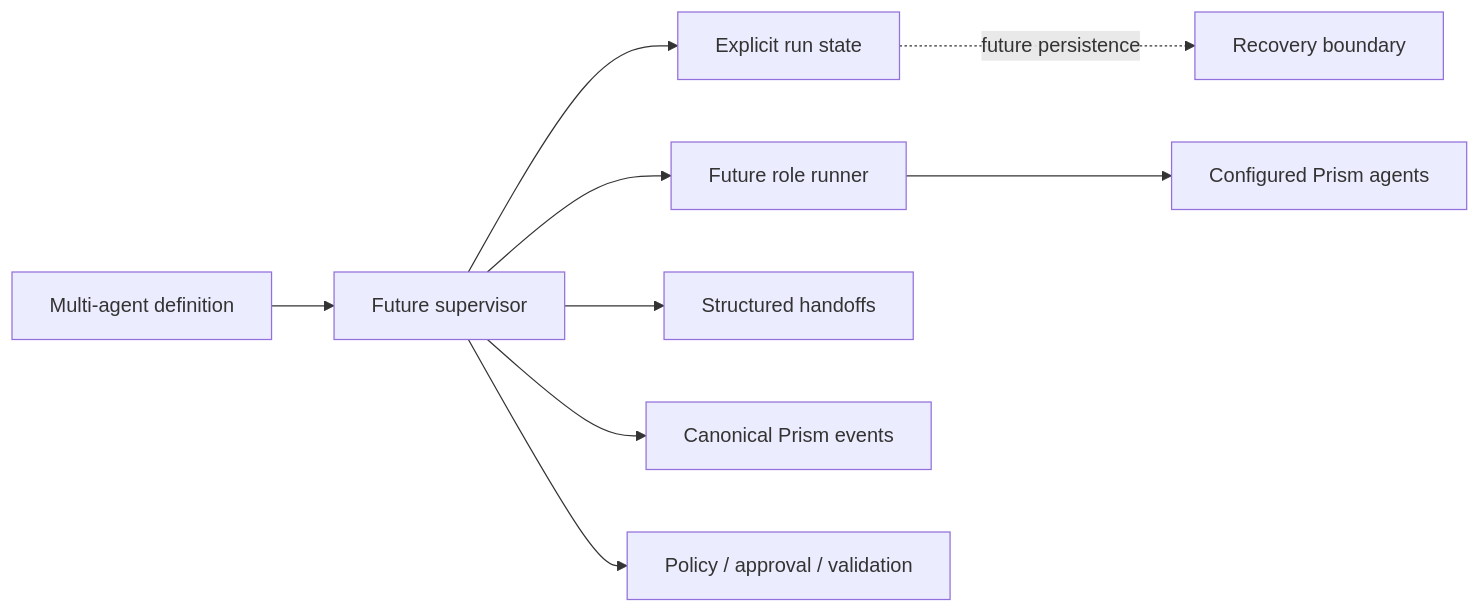
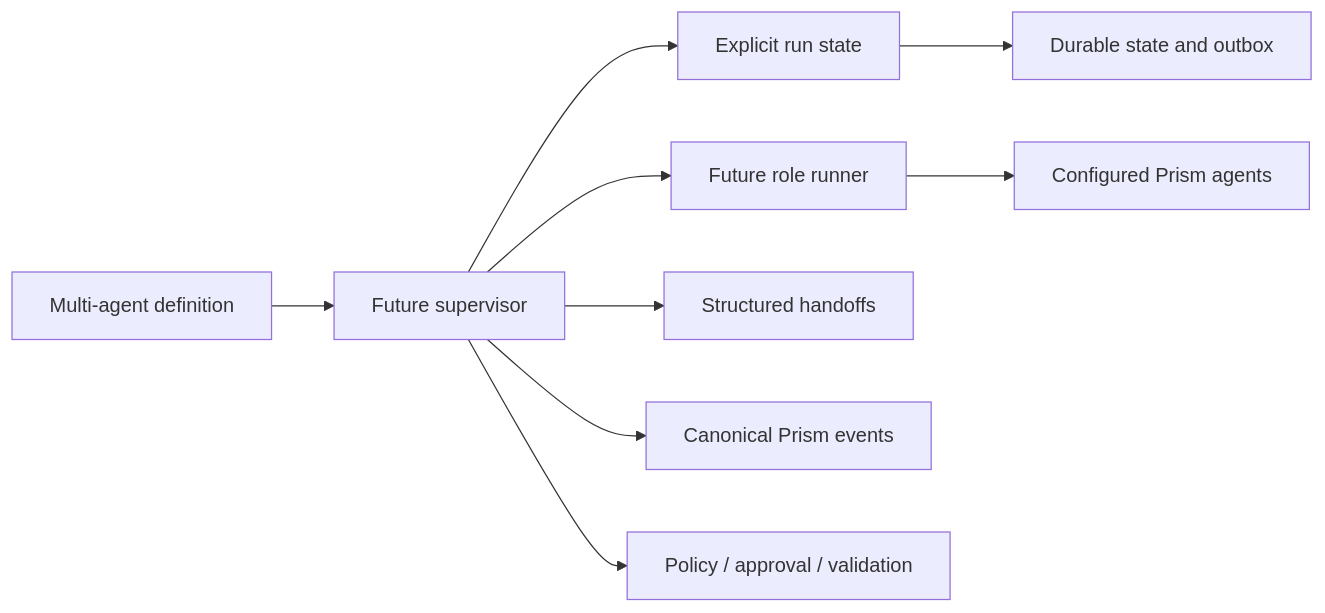
One commit to emaharmony/prism changed the first of 3 diagrams in docs/architecture/MULTI_AGENT_LOOP_RUNTIME.md. Above: the diagram before and after it, drawn with Mermaid. The commit also changed other lines of this file and 22 other files, not shown here.

Commit message:
feat: add durable multi-agent recovery

````diff
--- a/docs/architecture/MULTI_AGENT_LOOP_RUNTIME.md
+++ b/docs/architecture/MULTI_AGENT_LOOP_RUNTIME.md
@@ -101,11 +109,11 @@
 ```mermaid
 flowchart LR
   definition["Multi-agent definition"] --> supervisor["Future supervisor"]
   supervisor --> state["Explicit run state"]
   supervisor --> runner["Future role runner"]
   runner --> agents["Configured Prism agents"]
   supervisor --> handoff["Structured handoffs"]
   supervisor --> events["Canonical Prism events"]
   supervisor --> governance["Policy / approval / validation"]
-  state -. "future persistence" .-> storage["Recovery boundary"]
+  state --> storage["Durable state and outbox"]
 ```
````
